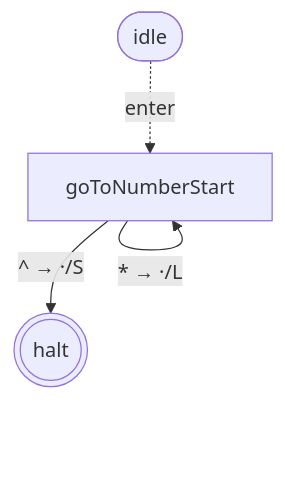
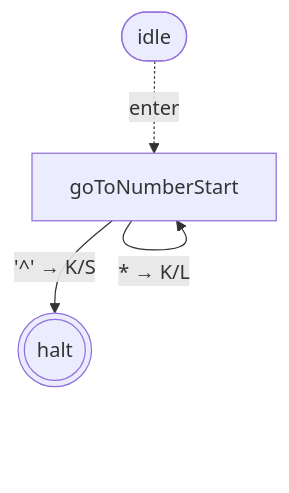
The fifth of 10 diagrams in packages/library-binary-numbers/states.md (mellonis/turing-machine-js), drawn with Mermaid before and after one commit. The commit also changed other lines of this file and 7 other files, not shown here.

````diff
--- a/packages/library-binary-numbers/states.md
+++ b/packages/library-binary-numbers/states.md
@@ -81,10 +81,10 @@
 ```mermaid
 flowchart TD
 %% alphabets: [[" ","^","$","0","1"]]
   s0(((halt)))
   s5["goToNumberStart"]
   idle([idle])
   idle -. enter .-> s5
-  s5 -- "^ → ·/S" --> s0
-  s5 -- "* → ·/L" --> s5
+  s5 -- "'^' → K/S" --> s0
+  s5 -- "* → K/L" --> s5
 ```
````
